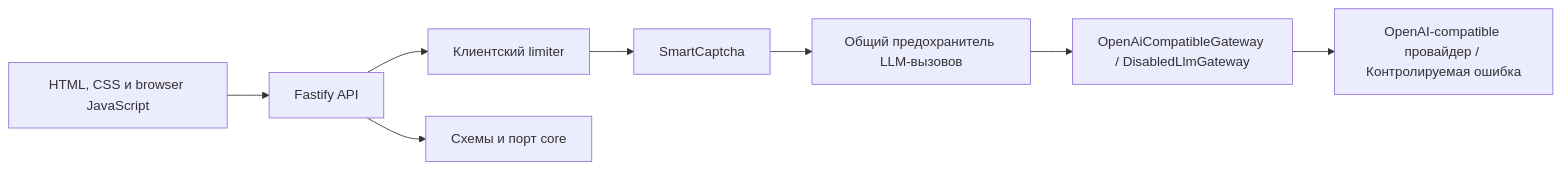
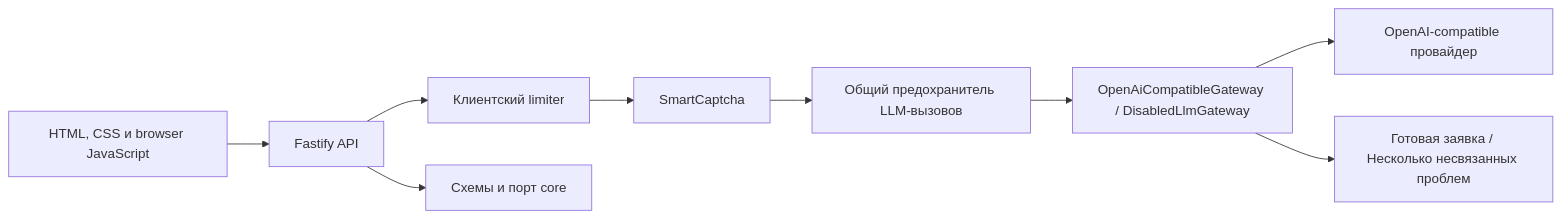
The diagram in docs/ARCHITECTURE.md (ashikov/uo-request-generator), drawn with Mermaid before and after one commit. The commit also changed other lines of this file and 2 other files, not shown here.

````diff
--- a/docs/ARCHITECTURE.md
+++ b/docs/ARCHITECTURE.md
@@ -8,10 +8,11 @@
 ```mermaid
 flowchart LR
     Browser[HTML, CSS и browser JavaScript] --> Route[Fastify API]
     Route --> Limiter[Клиентский limiter]
     Limiter --> Captcha[SmartCaptcha]
     Captcha --> Safeguard[Общий предохранитель LLM-вызовов]
     Safeguard --> Adapter[OpenAiCompatibleGateway / DisabledLlmGateway]
     Route --> Core[Схемы и порт core]
-    Adapter --> LLM[OpenAI-compatible провайдер / Контролируемая ошибка]
+    Adapter --> LLM[OpenAI-compatible провайдер]
+    Adapter --> Outcome[Готовая заявка / Несколько несвязанных проблем]
 ```
````
